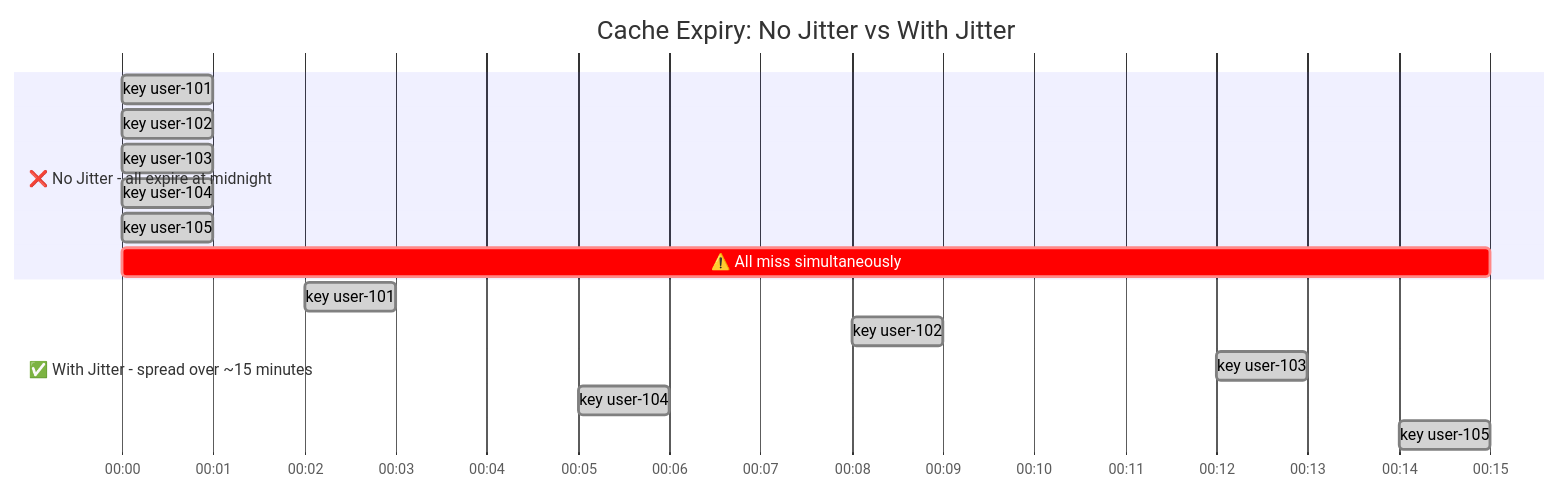
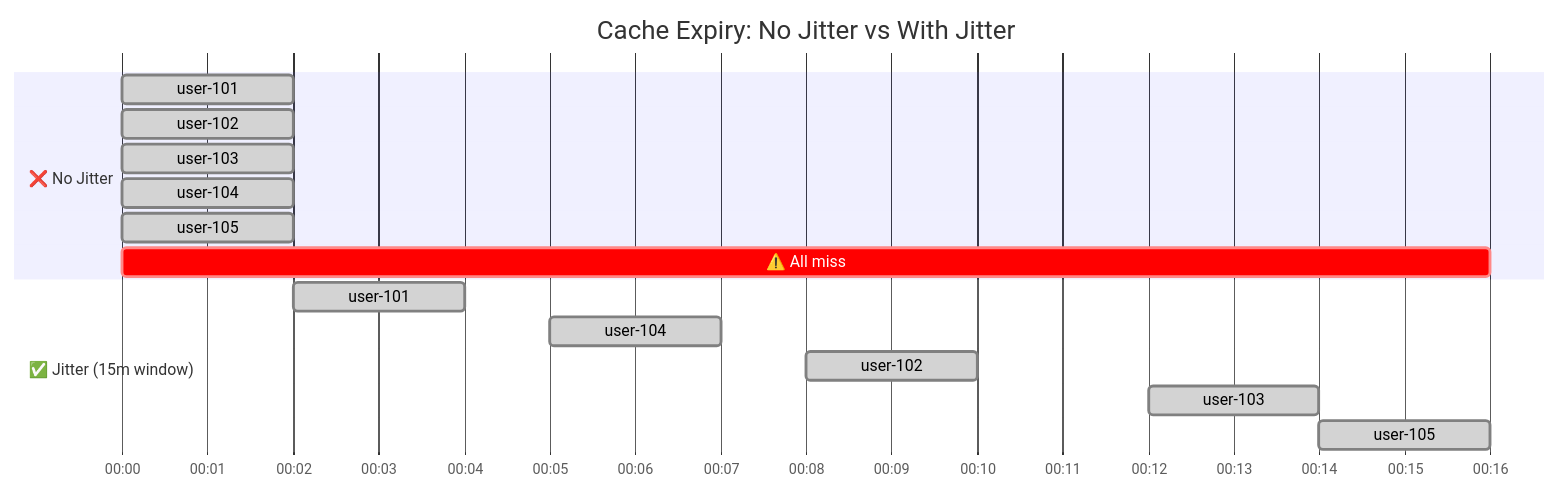
The fifth of 12 diagrams in content/posts/38-thundering-herd.md (g-savitha/portfolio), drawn with Mermaid before and after one commit. The commit also changed other lines of this file and 1 other file, not shown here.

Commit message:
fix: mermaid theme issues

````diff
--- a/content/posts/38-thundering-herd.md
+++ b/content/posts/38-thundering-herd.md
@@ -180,21 +180,22 @@
 ```mermaid
 gantt
     title Cache Expiry: No Jitter vs With Jitter
     dateFormat HH:mm
     axisFormat %H:%M
+    tickInterval 2m
 
-    section ❌ No Jitter - all expire at midnight
-    key user-101     :done, 00:00, 1m
-    key user-102     :done, 00:00, 1m
-    key user-103     :done, 00:00, 1m
-    key user-104     :done, 00:00, 1m
-    key user-105     :done, 00:00, 1m
-    ⚠️ All miss simultaneously :crit, 00:00, 15m
+    section ❌ No Jitter
+    user-101         :done, 00:00, 2m
+    user-102         :done, 00:00, 2m
+    user-103         :done, 00:00, 2m
+    user-104         :done, 00:00, 2m
+    user-105         :done, 00:00, 2m
+    ⚠️ All miss      :crit, 00:00, 16m
 
-    section ✅ With Jitter - spread over ~15 minutes
-    key user-101     :done, 00:02, 1m
-    key user-102     :done, 00:08, 1m
-    key user-103     :done, 00:12, 1m
-    key user-104     :done, 00:05, 1m
-    key user-105     :done, 00:14, 1m
+    section ✅ Jitter (15m window)
+    user-101         :done, 00:02, 2m
+    user-104         :done, 00:05, 2m
+    user-102         :done, 00:08, 2m
+    user-103         :done, 00:12, 2m
+    user-105         :done, 00:14, 2m
 ```
````
